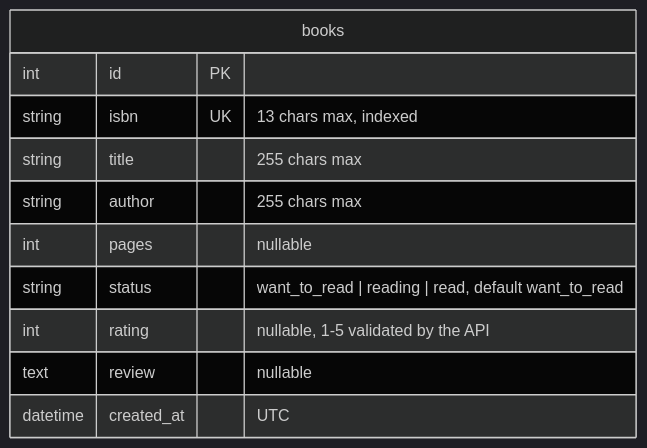
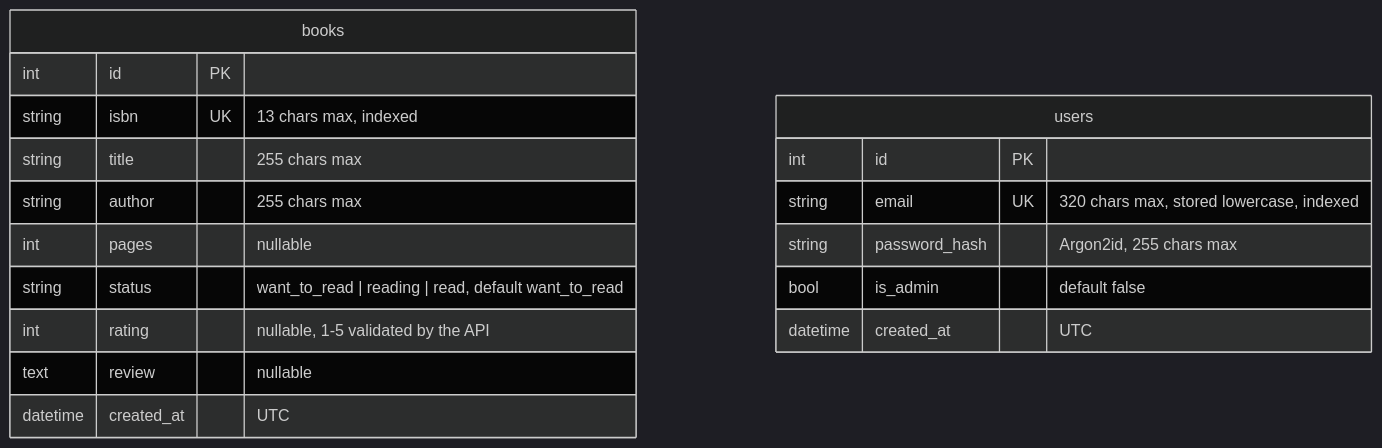
Before and after one commit to jgugala/exlibris-api: the diagram in docs/erd.md, drawn with Mermaid (dark theme). The commit also changed other lines of this file and 16 other files, not shown here.

First line of the commit message:
feat: add user registration with Argon2 password hashing (#31)

````diff
--- a/docs/erd.md
+++ b/docs/erd.md
@@ -5,14 +5,21 @@
 ```mermaid
 erDiagram
     books {
         int id PK
         string isbn UK "13 chars max, indexed"
         string title "255 chars max"
         string author "255 chars max"
         int pages "nullable"
         string status "want_to_read | reading | read, default want_to_read"
         int rating "nullable, 1-5 validated by the API"
         text review "nullable"
         datetime created_at "UTC"
     }
+    users {
+        int id PK
+        string email UK "320 chars max, stored lowercase, indexed"
+        string password_hash "Argon2id, 255 chars max"
+        bool is_admin "default false"
+        datetime created_at "UTC"
+    }
 ```
````
